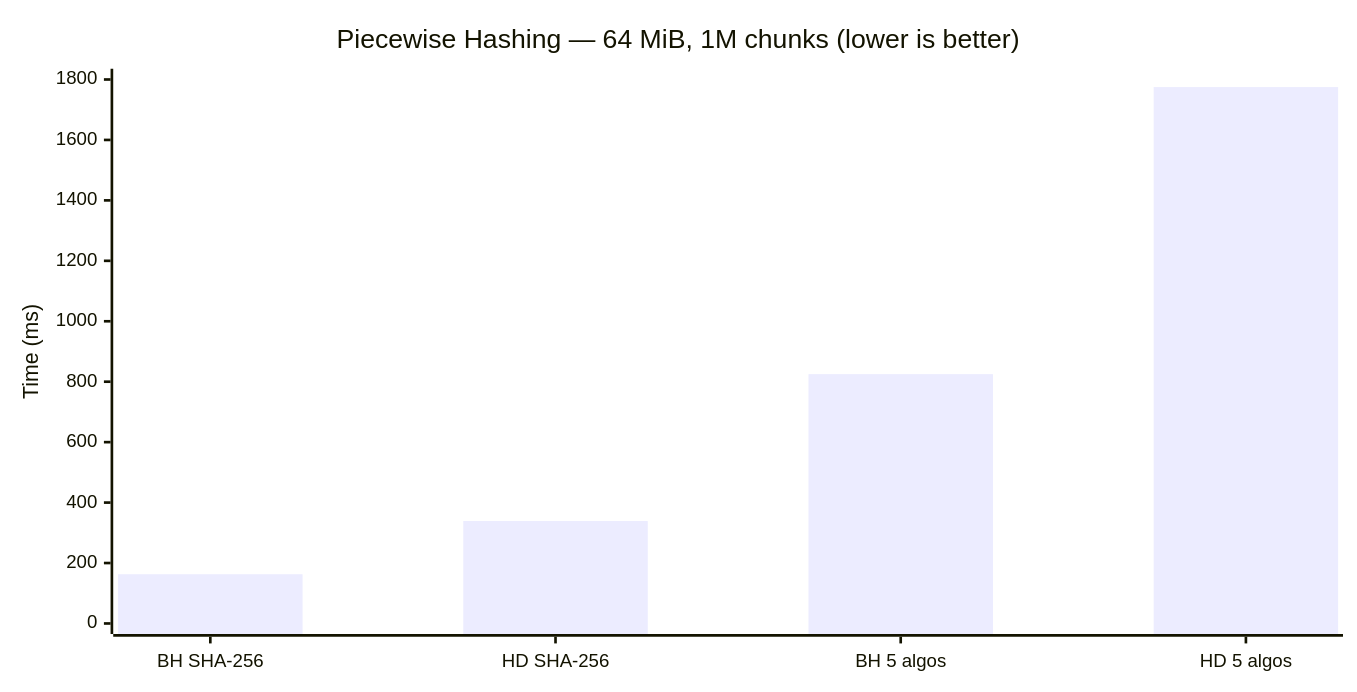
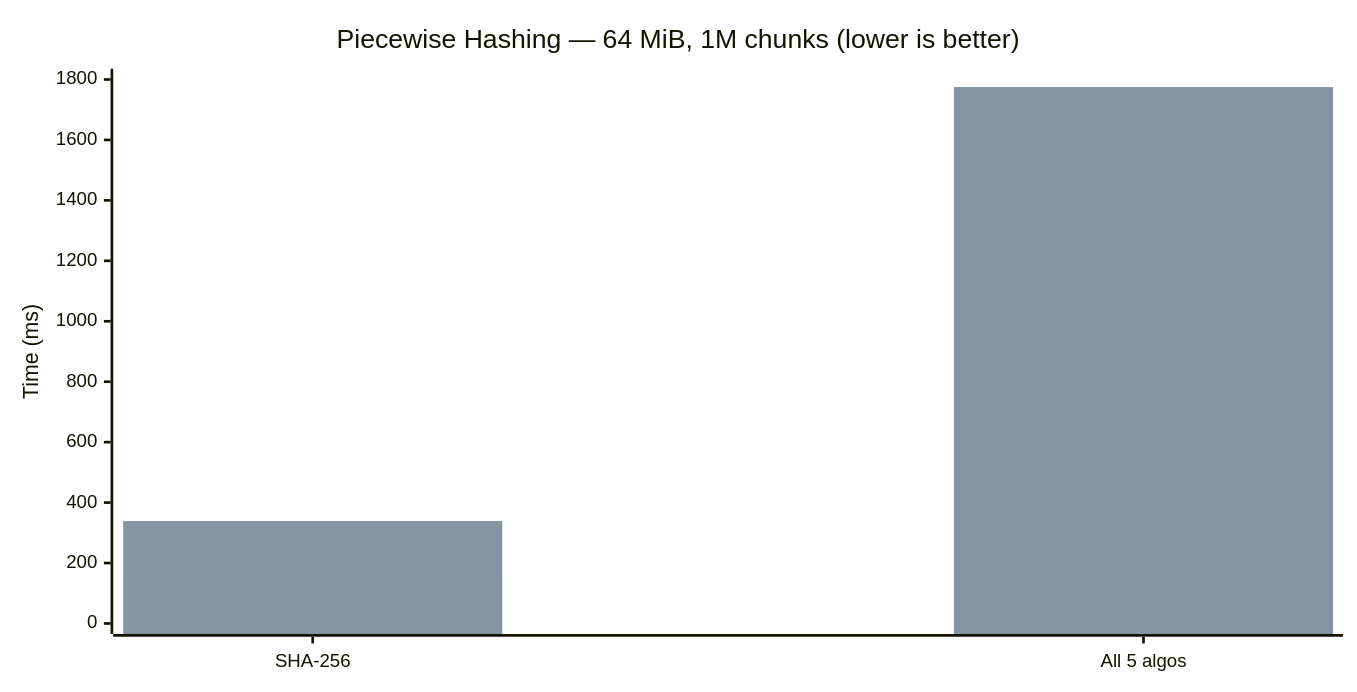
The fourth of 5 diagrams in docs/benchmarks.md (SecurityRonin/blazehash), drawn with Mermaid before and after one commit. The commit also changed other lines of this file, not shown here.

First line of the commit message:
docs: use grouped bar charts for dramatic blazehash vs hashdeep comparison

````diff
--- a/docs/benchmarks.md
+++ b/docs/benchmarks.md
@@ -138,12 +128,13 @@
 ```mermaid
 ---
 config:
     xyChart:
         width: 1000
 ---
 xychart-beta
     title "Piecewise Hashing — 64 MiB, 1M chunks (lower is better)"
-    x-axis ["BH SHA-256", "HD SHA-256", "BH 5 algos", "HD 5 algos"]
+    x-axis ["SHA-256", "All 5 algos"]
     y-axis "Time (ms)" 0 --> 1800
-    bar [163, 339, 825, 1775]
+    bar "blazehash" [163, 825]
+    bar "hashdeep" [339, 1775]
 ```
````
